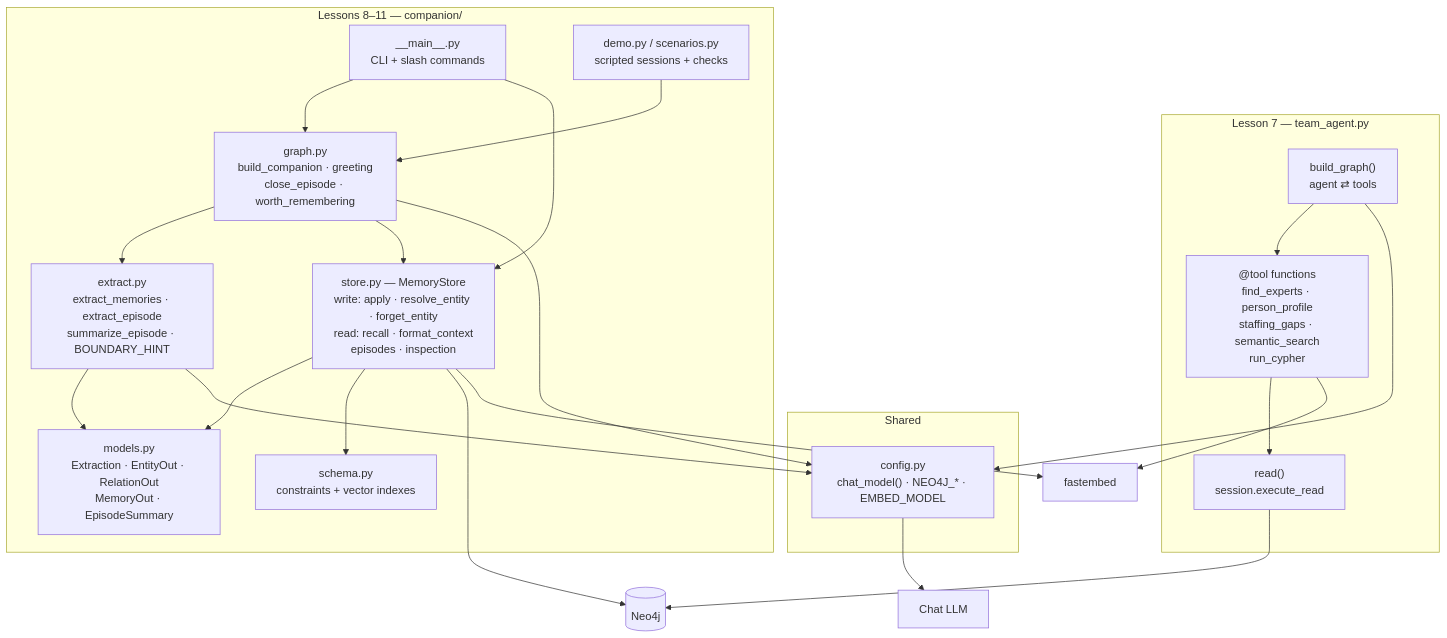
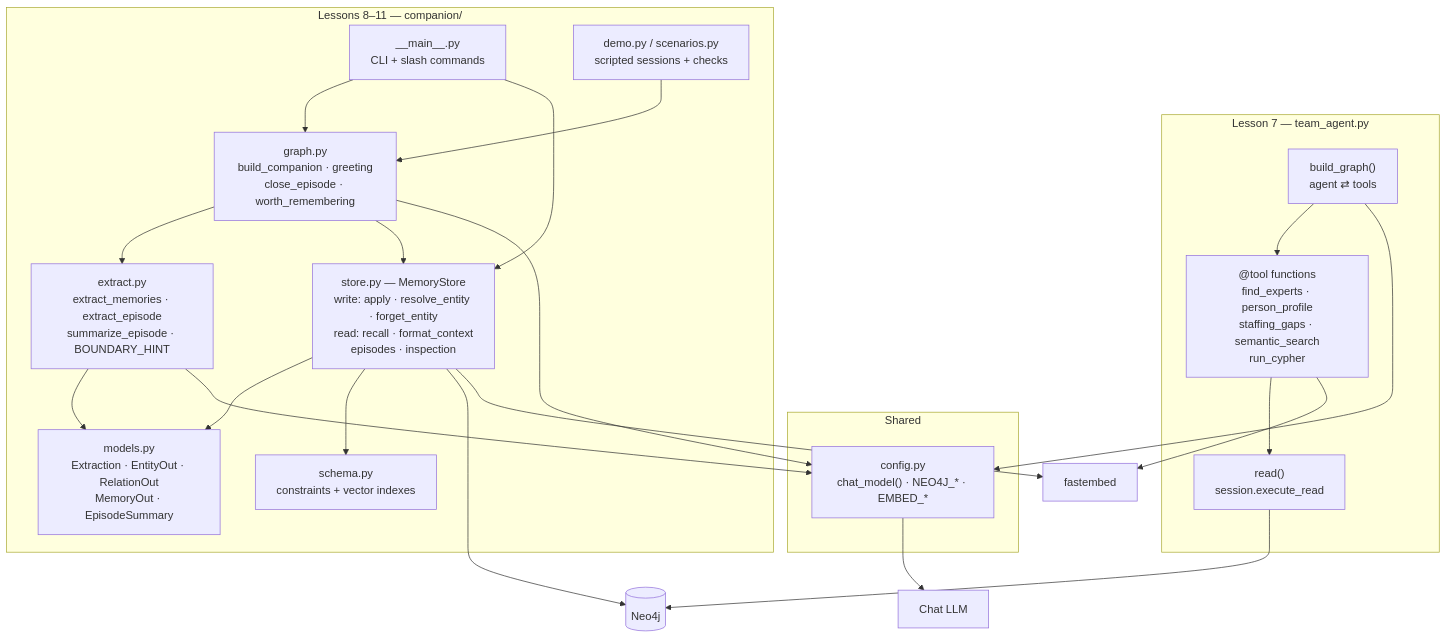
One commit to theRealMarkCastillo/neo4j-graph-tutorial changed the second of 23 diagrams in docs/architecture.md. Above: the diagram before and after it, drawn with Mermaid. The commit also changed other lines of this file and 36 other files, not shown here.

````diff
--- a/docs/architecture.md
+++ b/docs/architecture.md
@@ -72,45 +76,45 @@
 ```mermaid
 flowchart TB
     subgraph shared["Shared"]
-        config["config.py<br/>chat_model() · NEO4J_* · EMBED_MODEL"]
+        config["config.py<br/>chat_model() · NEO4J_* · EMBED_*"]
     end
 
     subgraph agent["Lesson 7 — team_agent.py"]
         tagraph["build_graph()<br/>agent ⇄ tools"]
         tools["@tool functions<br/>find_experts · person_profile<br/>staffing_gaps · semantic_search<br/>run_cypher"]
         read["read()<br/>session.execute_read"]
         tagraph --> tools --> read
     end
 
     subgraph comp["Lessons 8–11 — companion/"]
         main["__main__.py<br/>CLI + slash commands"]
         demo["demo.py / scenarios.py<br/>scripted sessions + checks"]
         cgraph["graph.py<br/>build_companion · greeting<br/>close_episode · worth_remembering"]
         extract["extract.py<br/>extract_memories · extract_episode<br/>summarize_episode · BOUNDARY_HINT"]
         models["models.py<br/>Extraction · EntityOut · RelationOut<br/>MemoryOut · EpisodeSummary"]
         store["store.py — MemoryStore<br/>write: apply · resolve_entity · forget_entity<br/>read: recall · format_context<br/>episodes · inspection"]
         schema["schema.py<br/>constraints + vector indexes"]
 
         main --> cgraph
         demo --> cgraph
         main --> store
         cgraph --> extract
         cgraph --> store
         extract --> models
         store --> models
         store --> schema
     end
 
     neo[("Neo4j")]
     llm["Chat LLM"]
     emb["fastembed"]
 
     tagraph --> config
     cgraph --> config
     extract --> config
     config --> llm
     read --> neo
     tools --> emb
     store --> neo
     store --> emb
 ```
````
